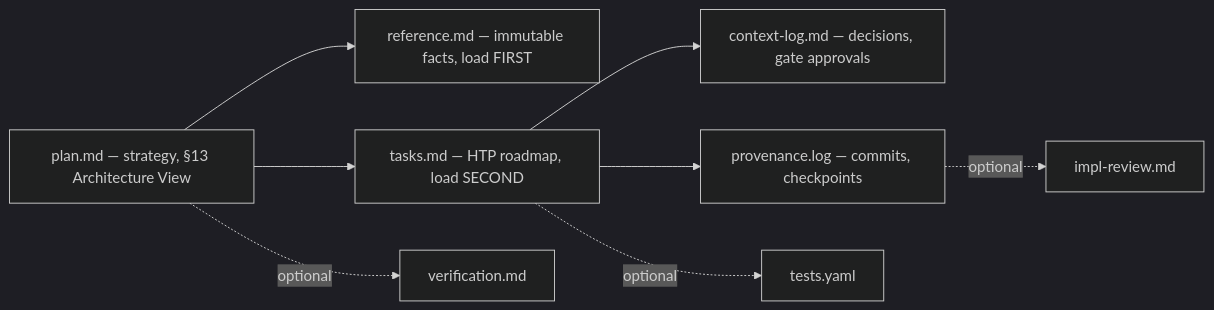
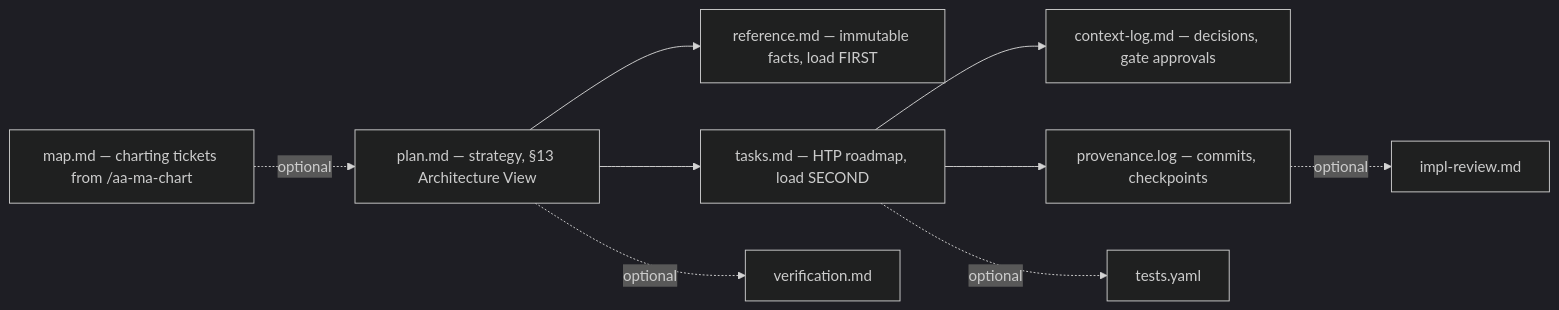
One commit to snewhouse/aa-ma-forge changed the diagram in docs/spec/aa-ma-specification.md. Above: the diagram before and after it, drawn with Mermaid (dark theme). The commit also changed other lines of this file and 11 other files, not shown here.

First line of the commit message:
docs(charting): file taxonomy 5+4, commands 13, ATTRIBUTION, ADR-0013 Implemented, TODOS (M5.4 docs leg)

````diff
--- a/docs/spec/aa-ma-specification.md
+++ b/docs/spec/aa-ma-specification.md
@@ -33,10 +34,12 @@
 ```mermaid
 flowchart LR
   PLAN[plan.md — strategy, §13 Architecture View] --> REF[reference.md — immutable facts, load FIRST]
   PLAN --> TASKS[tasks.md — HTP roadmap, load SECOND]
   TASKS --> LOG[context-log.md — decisions, gate approvals]
   TASKS --> PROV[provenance.log — commits, checkpoints]
   PLAN -. optional .-> VER[verification.md]
   TASKS -. optional .-> TESTS[tests.yaml]
   PROV -. optional .-> IMPL[impl-review.md]
+  MAP[map.md — charting tickets from /aa-ma-chart]
+  MAP -. optional .-> PLAN
 ```
````
